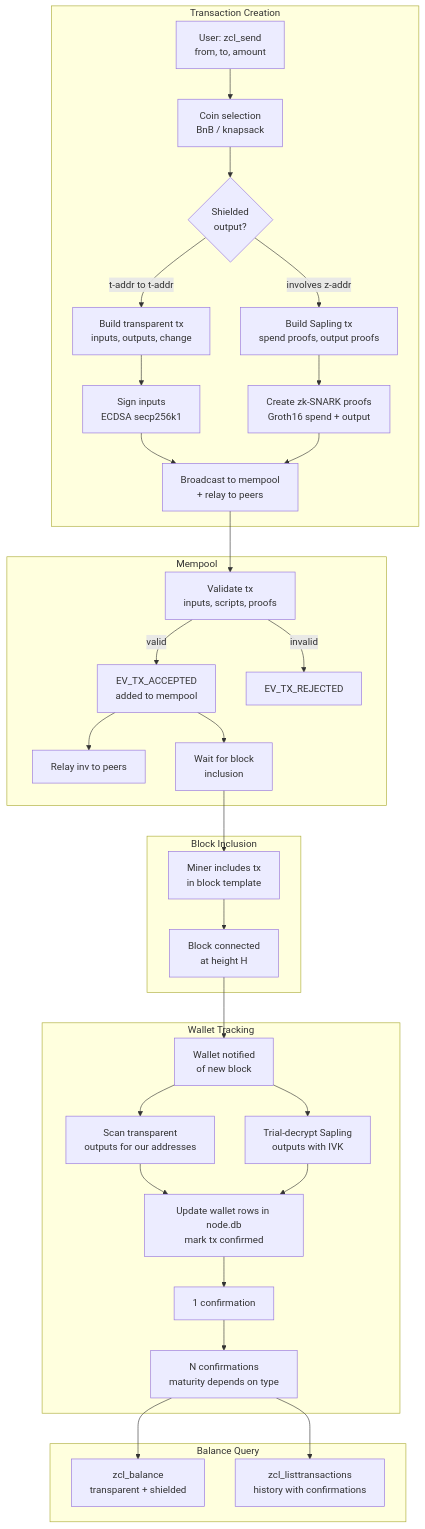
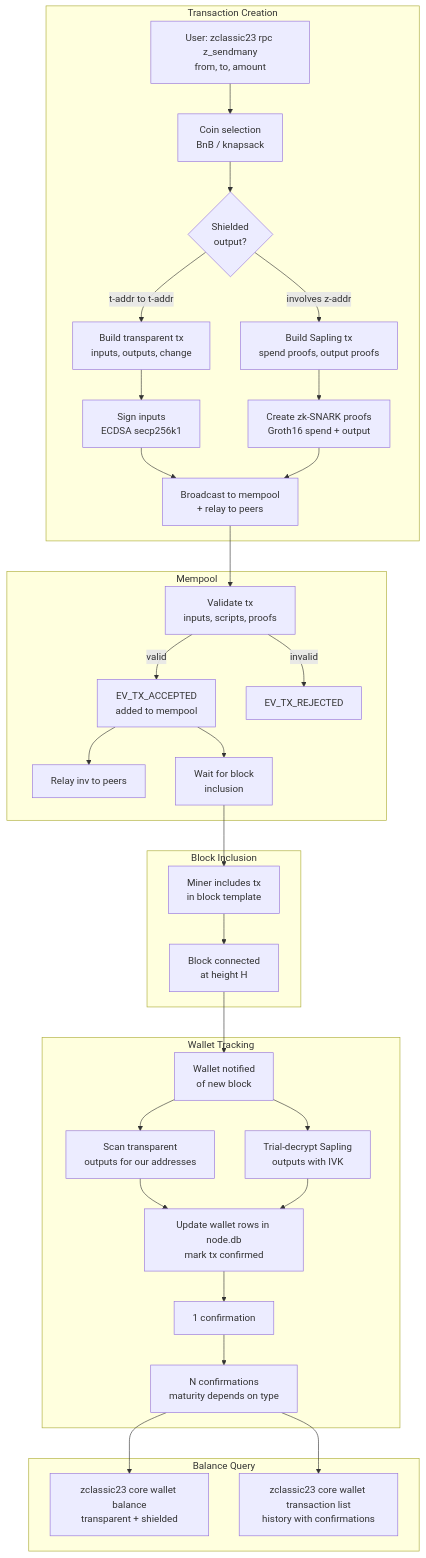
The fourth of 5 diagrams in docs/ARCHITECTURE_DIAGRAMS.md (ZclassiC23/zclassic), drawn with Mermaid before and after one commit. The commit also changed other lines of this file and 396 other files, not shown here.

````diff
--- a/docs/ARCHITECTURE_DIAGRAMS.md
+++ b/docs/ARCHITECTURE_DIAGRAMS.md
@@ -193,43 +193,43 @@
 ```mermaid
 flowchart TD
     subgraph Create["Transaction Creation"]
-        USER[User: zcl_send<br/>from, to, amount] --> SELECT[Coin selection<br/>BnB / knapsack]
+        USER[User: zclassic23 rpc z_sendmany<br/>from, to, amount] --> SELECT[Coin selection<br/>BnB / knapsack]
         SELECT --> TRANSPARENT{Shielded<br/>output?}
         TRANSPARENT -->|t-addr to t-addr| BUILD_T[Build transparent tx<br/>inputs, outputs, change]
         TRANSPARENT -->|involves z-addr| BUILD_S[Build Sapling tx<br/>spend proofs, output proofs]
         BUILD_T --> SIGN_T[Sign inputs<br/>ECDSA secp256k1]
         BUILD_S --> SIGN_S[Create zk-SNARK proofs<br/>Groth16 spend + output]
         SIGN_T --> BROADCAST
         SIGN_S --> BROADCAST
     end
 
     BROADCAST[Broadcast to mempool<br/>+ relay to peers]
 
     subgraph Mempool["Mempool"]
         BROADCAST --> MEMPOOL_CHECK[Validate tx<br/>inputs, scripts, proofs]
         MEMPOOL_CHECK -->|valid| ACCEPT_MP[EV_TX_ACCEPTED<br/>added to mempool]
         MEMPOOL_CHECK -->|invalid| REJECT_MP[EV_TX_REJECTED]
         ACCEPT_MP --> RELAY_INV[Relay inv to peers]
         ACCEPT_MP --> WAIT[Wait for block<br/>inclusion]
     end
 
     subgraph Mining["Block Inclusion"]
         WAIT --> MINED[Miner includes tx<br/>in block template]
         MINED --> BLOCK_CONNECT[Block connected<br/>at height H]
     end
 
     subgraph Confirmation["Wallet Tracking"]
         BLOCK_CONNECT --> WALLET_NOTIFY[Wallet notified<br/>of new block]
         WALLET_NOTIFY --> SCAN_T[Scan transparent<br/>outputs for our addresses]
         WALLET_NOTIFY --> SCAN_S[Trial-decrypt Sapling<br/>outputs with IVK]
         SCAN_T --> UPDATE[Update wallet rows in node.db<br/>mark tx confirmed]
         SCAN_S --> UPDATE
         UPDATE --> CONF_1[1 confirmation]
         CONF_1 --> CONF_N[N confirmations<br/>maturity depends on type]
     end
 
     subgraph Query["Balance Query"]
-        CONF_N --> BALANCE[zcl_balance<br/>transparent + shielded]
-        CONF_N --> LIST[zcl_listtransactions<br/>history with confirmations]
+        CONF_N --> BALANCE[zclassic23 core wallet balance<br/>transparent + shielded]
+        CONF_N --> LIST[zclassic23 core wallet transaction list<br/>history with confirmations]
     end
 ```
````
